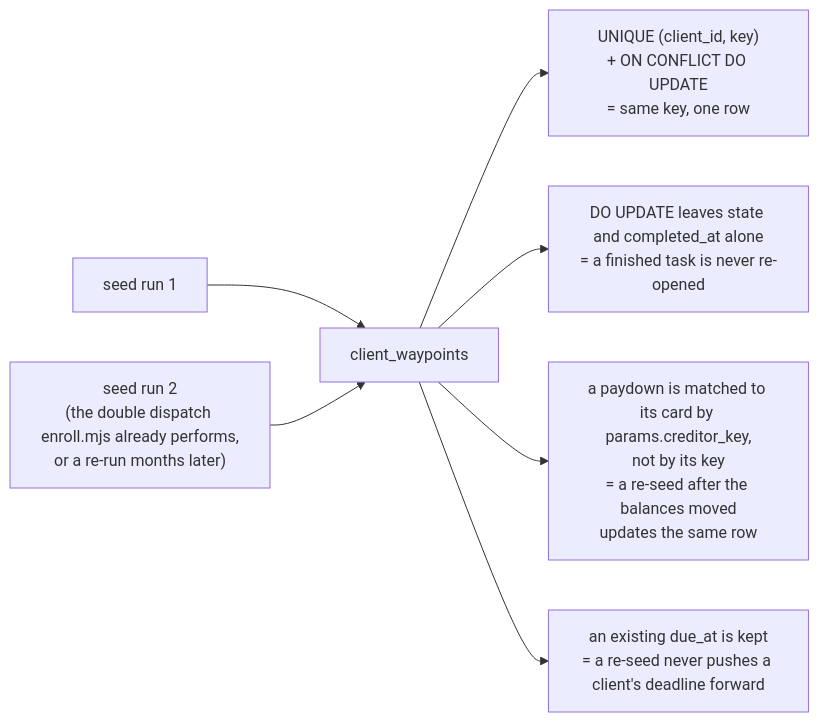
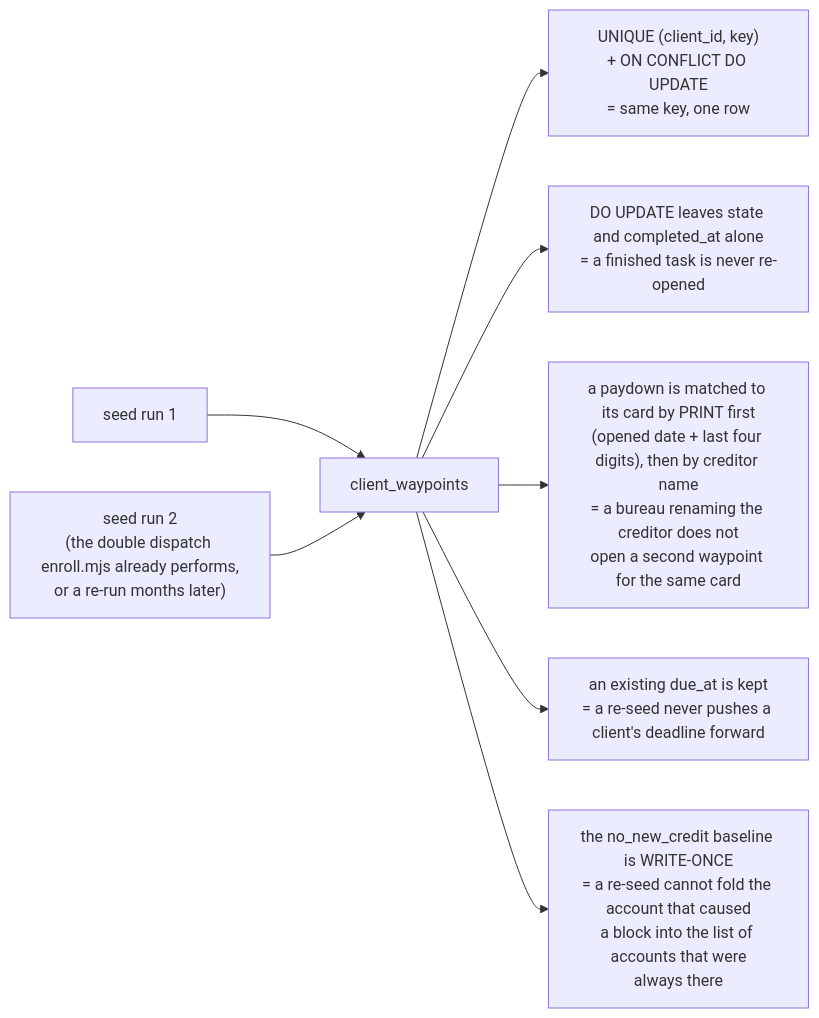
Before and after one commit to ZootimusMaximusSupreme/Fundhub_ai: the second of 4 diagrams in docs/journeys/waypoint-seeding-actual.md, drawn with Mermaid. The commit also changed other lines of this file and 11 other files, not shown here.

````diff
--- a/docs/journeys/waypoint-seeding-actual.md
+++ b/docs/journeys/waypoint-seeding-actual.md
@@ -93,9 +111,10 @@
 ```mermaid
 flowchart LR
     S1["seed run 1"] --> R["client_waypoints"]
     S2["seed run 2<br/>(the double dispatch enroll.mjs already performs,<br/>or a re-run months later)"] --> R
     R --> U1["UNIQUE (client_id, key)<br/>+ ON CONFLICT DO UPDATE<br/>= same key, one row"]
     R --> U2["DO UPDATE leaves state and completed_at alone<br/>= a finished task is never re-opened"]
-    R --> U3["a paydown is matched to its card by params.creditor_key,<br/>not by its key<br/>= a re-seed after the balances moved<br/>updates the same row"]
+    R --> U3["a paydown is matched to its card by PRINT first<br/>(opened date + last four digits), then by creditor name<br/>= a bureau renaming the creditor does not<br/>open a second waypoint for the same card"]
     R --> U4["an existing due_at is kept<br/>= a re-seed never pushes a client's deadline forward"]
+    R --> U5["the no_new_credit baseline is WRITE-ONCE<br/>= a re-seed cannot fold the account that caused<br/>a block into the list of accounts that were<br/>always there"]
 ```
````
